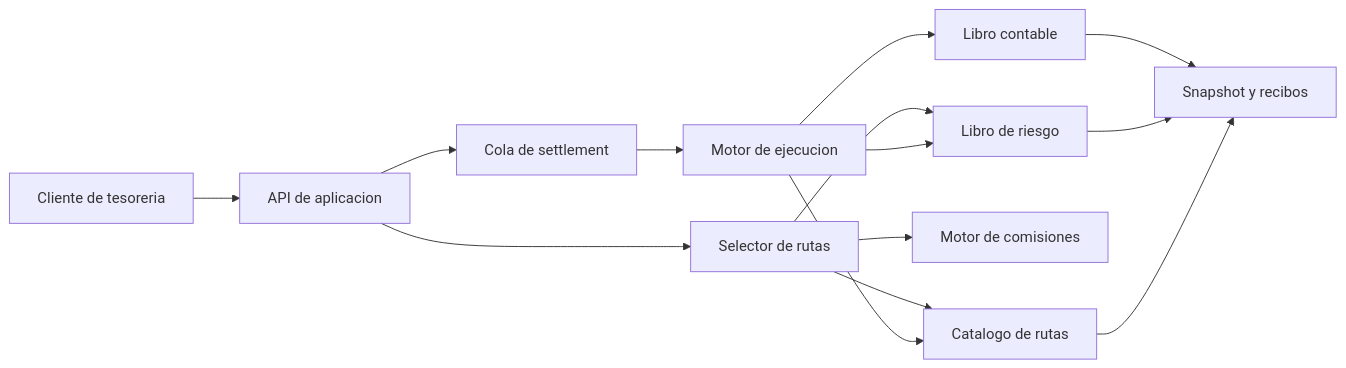
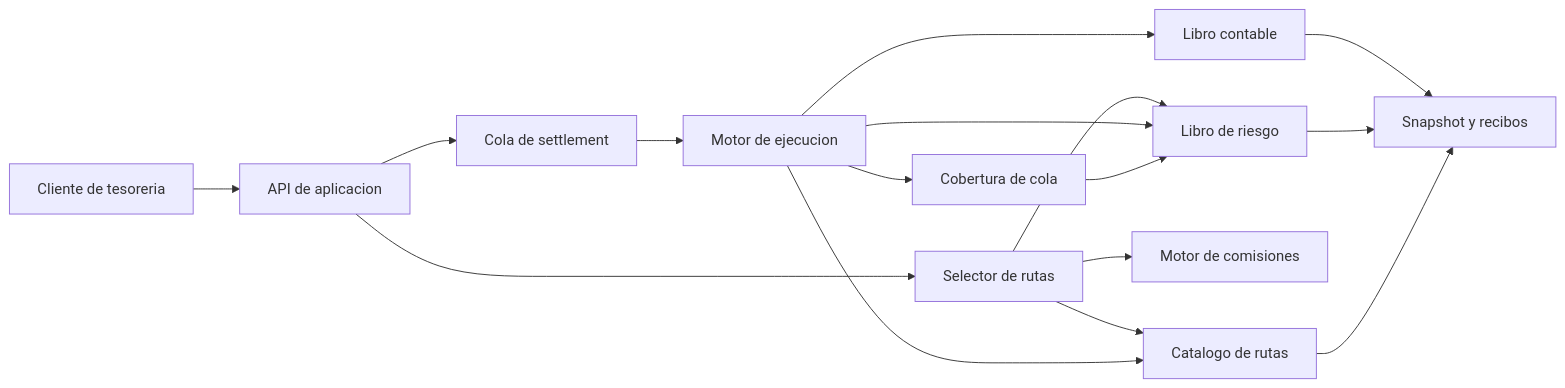
One commit to SolguardLabs/CompassDTL changed the first of 4 diagrams in README.md. Above: the diagram before and after it, drawn with Mermaid. The commit also changed other lines of this file and 17 other files, not shown here.

````diff
--- a/README.md
+++ b/README.md
@@ -29,16 +31,18 @@
 ```mermaid
 flowchart LR
     C["Cliente de tesoreria"] --> API["API de aplicacion"]
     API --> SEL["Selector de rutas"]
     SEL --> CAT["Catalogo de rutas"]
     SEL --> RISK["Libro de riesgo"]
     SEL --> FEE["Motor de comisiones"]
     API --> QUEUE["Cola de settlement"]
     QUEUE --> ENG["Motor de ejecucion"]
+    ENG --> CAP["Cobertura de cola"]
     ENG --> LEDGER["Libro contable"]
     ENG --> RISK
     ENG --> CAT
+    CAP --> RISK
     LEDGER --> SNAP["Snapshot y recibos"]
     RISK --> SNAP
     CAT --> SNAP
 ```
````
